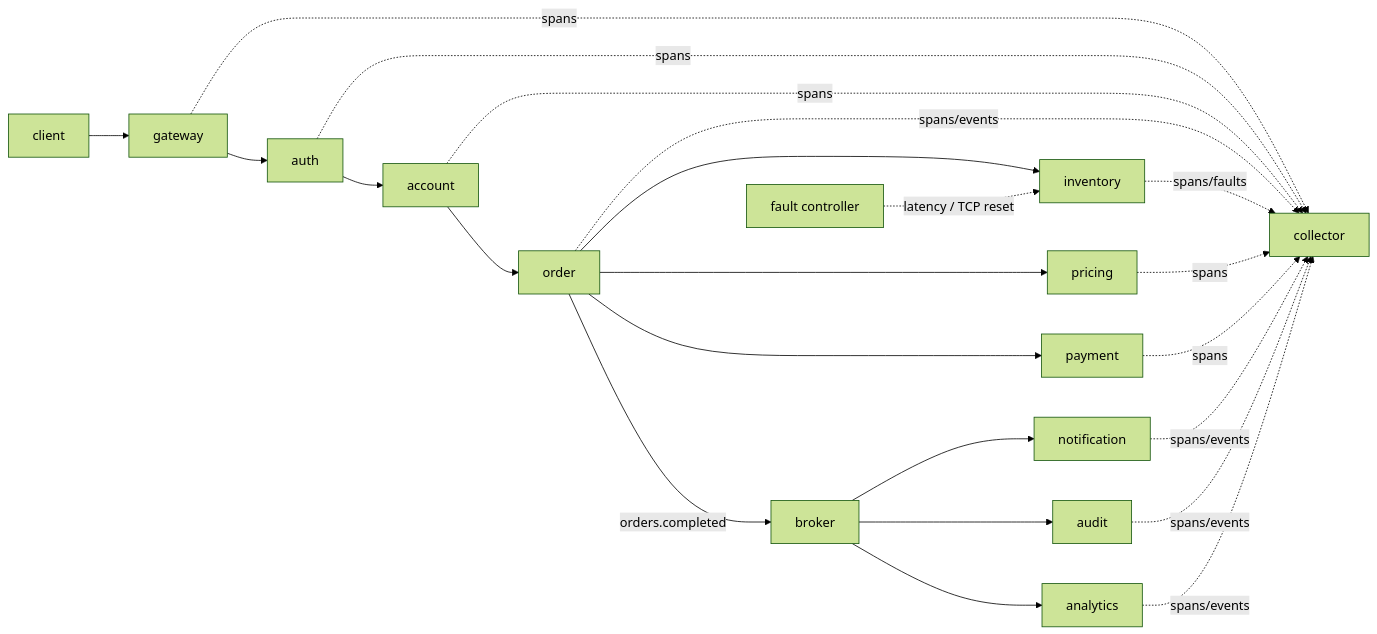
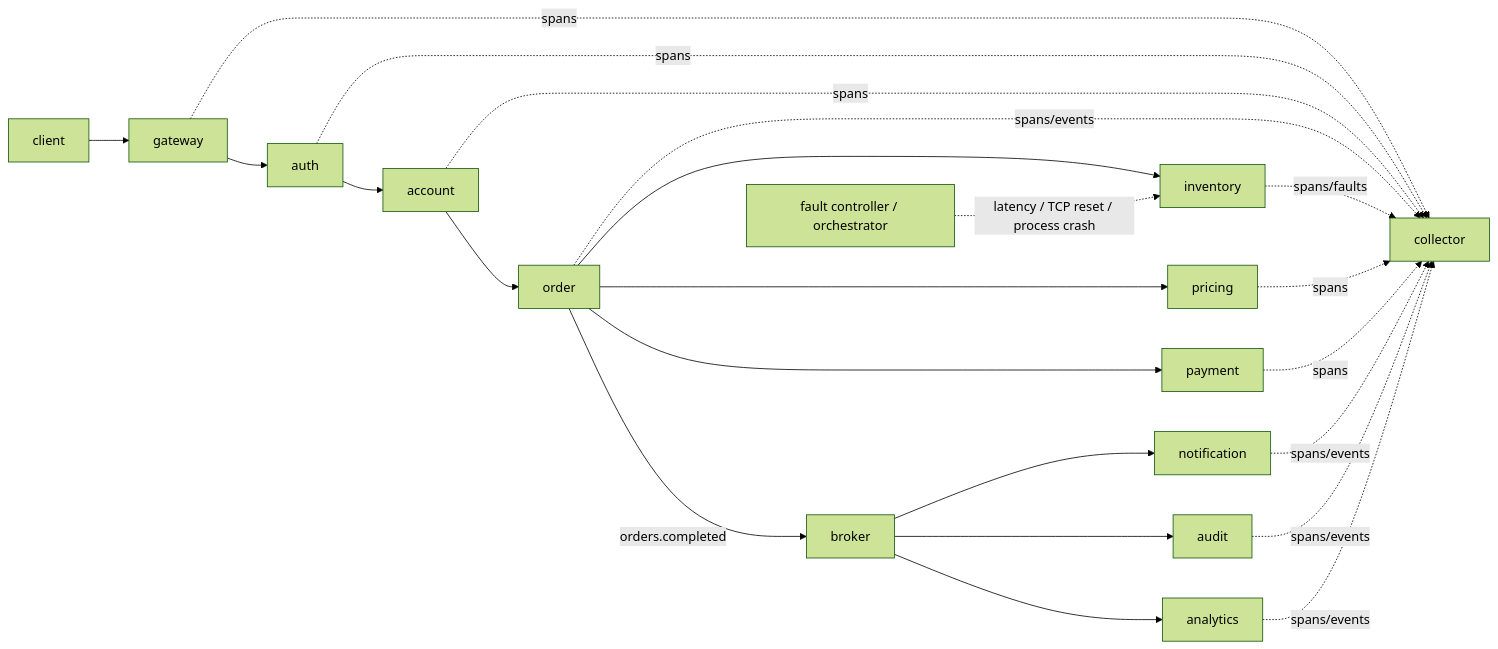
Before and after one commit to yjr28/kestrel-replay: the diagram in README.md, drawn with Mermaid (forest theme). The commit also changed other lines of this file and 13 other files, not shown here.

````diff
--- a/README.md
+++ b/README.md
@@ -15,26 +15,26 @@
 ```mermaid
 flowchart LR
     C[client] --> G[gateway]
     G --> A[auth]
     A --> AC[account]
     AC --> O[order]
     O --> I[inventory]
     O --> P[pricing]
     O --> PAY[payment]
     O -->|orders.completed| B[broker]
     B --> N[notification]
     B --> AU[audit]
     B --> AN[analytics]
 
-    FI[fault controller] -. latency / TCP reset .-> I
+    FI[fault controller / orchestrator] -. latency / TCP reset / process crash .-> I
     G -. spans .-> COL[collector]
     A -. spans .-> COL
     AC -. spans .-> COL
     O -. spans/events .-> COL
     I -. spans/faults .-> COL
     P -. spans .-> COL
     PAY -. spans .-> COL
     N -. spans/events .-> COL
     AU -. spans/events .-> COL
     AN -. spans/events .-> COL
 ```
````
